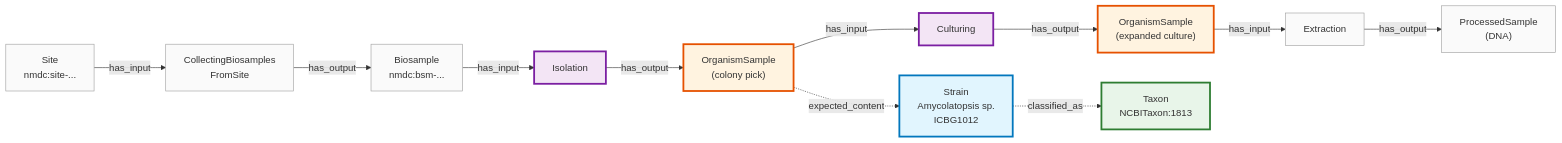
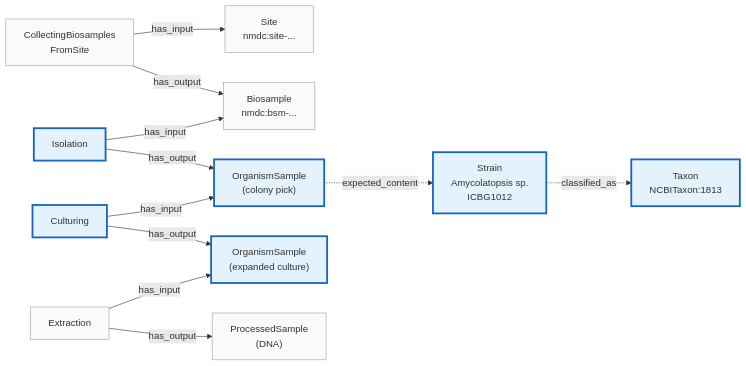
Before and after one commit to microbiomedata/nmdc-schema: the diagram in src/docs/images/use-case-1-environmental-isolation.mmd, drawn with Mermaid. The commit also changed 3 other files, not shown here.

First line of the commit message:
Fix arrow directions in instance diagrams

```diff
--- a/src/docs/images/use-case-1-environmental-isolation.mmd
+++ b/src/docs/images/use-case-1-environmental-isolation.mmd
@@ -1,31 +1,35 @@
 flowchart LR
     Site["Site\nnmdc:site-..."]
     BSM["Biosample\nnmdc:bsm-..."]
     CBFS["CollectingBiosamples\nFromSite"]
     ISN["Isolation"]
     OSM1["OrganismSample\n(colony pick)"]
     CULT["Culturing"]
     OSM2["OrganismSample\n(expanded culture)"]
     EXT["Extraction"]
     PSM["ProcessedSample\n(DNA)"]
     STRN["Strain\nAmycolatopsis sp.\nICBG1012"]
     TAX["Taxon\nNCBITaxon:1813"]
 
-    Site -->|has_input| CBFS -->|has_output| BSM
-    BSM -->|has_input| ISN -->|has_output| OSM1
-    OSM1 -->|has_input| CULT -->|has_output| OSM2
-    OSM2 -->|has_input| EXT -->|has_output| PSM
+    CBFS -->|has_input| Site
+    CBFS -->|has_output| BSM
+    ISN -->|has_input| BSM
+    ISN -->|has_output| OSM1
+    CULT -->|has_input| OSM1
+    CULT -->|has_output| OSM2
+    EXT -->|has_input| OSM2
+    EXT -->|has_output| PSM
     OSM1 -.->|expected_content| STRN
     STRN -.->|classified_as| TAX
 
-    style OSM1 fill:#fff3e0,stroke:#e65100,stroke-width:3px
-    style OSM2 fill:#fff3e0,stroke:#e65100,stroke-width:3px
-    style ISN fill:#f3e5f5,stroke:#7b1fa2,stroke-width:3px
-    style CULT fill:#f3e5f5,stroke:#7b1fa2,stroke-width:3px
-    style STRN fill:#e1f5fe,stroke:#0277bd,stroke-width:3px
-    style TAX fill:#e8f5e9,stroke:#2e7d32,stroke-width:3px
+    style OSM1 fill:#e3f2fd,stroke:#1565c0,stroke-width:3px
+    style OSM2 fill:#e3f2fd,stroke:#1565c0,stroke-width:3px
+    style ISN fill:#e3f2fd,stroke:#1565c0,stroke-width:3px
+    style CULT fill:#e3f2fd,stroke:#1565c0,stroke-width:3px
+    style STRN fill:#e3f2fd,stroke:#1565c0,stroke-width:3px
+    style TAX fill:#e3f2fd,stroke:#1565c0,stroke-width:3px
     style Site fill:#fafafa,stroke:#9e9e9e
     style BSM fill:#fafafa,stroke:#9e9e9e
     style CBFS fill:#fafafa,stroke:#9e9e9e
     style EXT fill:#fafafa,stroke:#9e9e9e
     style PSM fill:#fafafa,stroke:#9e9e9e
```
